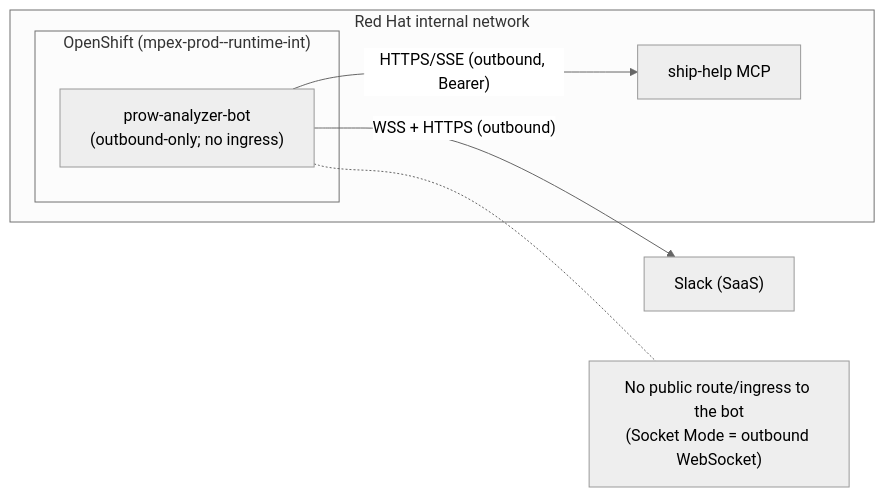
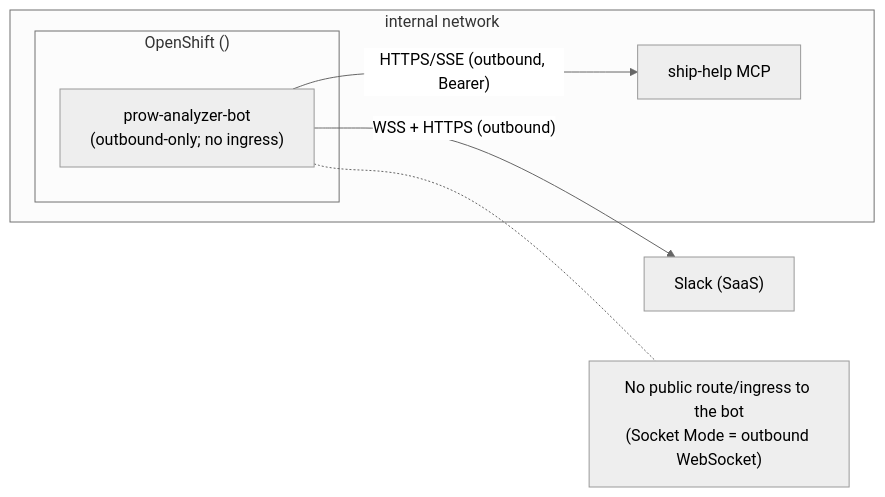
Before and after one commit to RedHatQE/OpenShift-LP-QE--Tools: the third of 3 diagrams in apps/prow-analyzer/doc/dataflow-architecture.md, drawn with Mermaid (neutral theme). The commit also changed other lines of this file and 36 other files, not shown here.

````diff
--- a/apps/prow-analyzer/doc/dataflow-architecture.md
+++ b/apps/prow-analyzer/doc/dataflow-architecture.md
@@ -92,16 +92,16 @@
 ```mermaid
 flowchart LR
-    subgraph Internal["Red Hat internal network"]
-        subgraph Cluster["OpenShift (mpex-prod--runtime-int)"]
+    subgraph Internal["internal network"]
+        subgraph Cluster["OpenShift (<your-namespace>)"]
             Bot["prow-analyzer-bot<br/>(outbound-only; no ingress)"]
         end
         SHb["ship-help MCP"]
     end
     SaaS["Slack (SaaS)"]
 
     Bot -- "WSS + HTTPS (outbound)" --> SaaS
     Bot -- "HTTPS/SSE (outbound, Bearer)" --> SHb
 
     note1["No public route/ingress to the bot<br/>(Socket Mode = outbound WebSocket)"]
     Bot -.- note1
 ```
````
